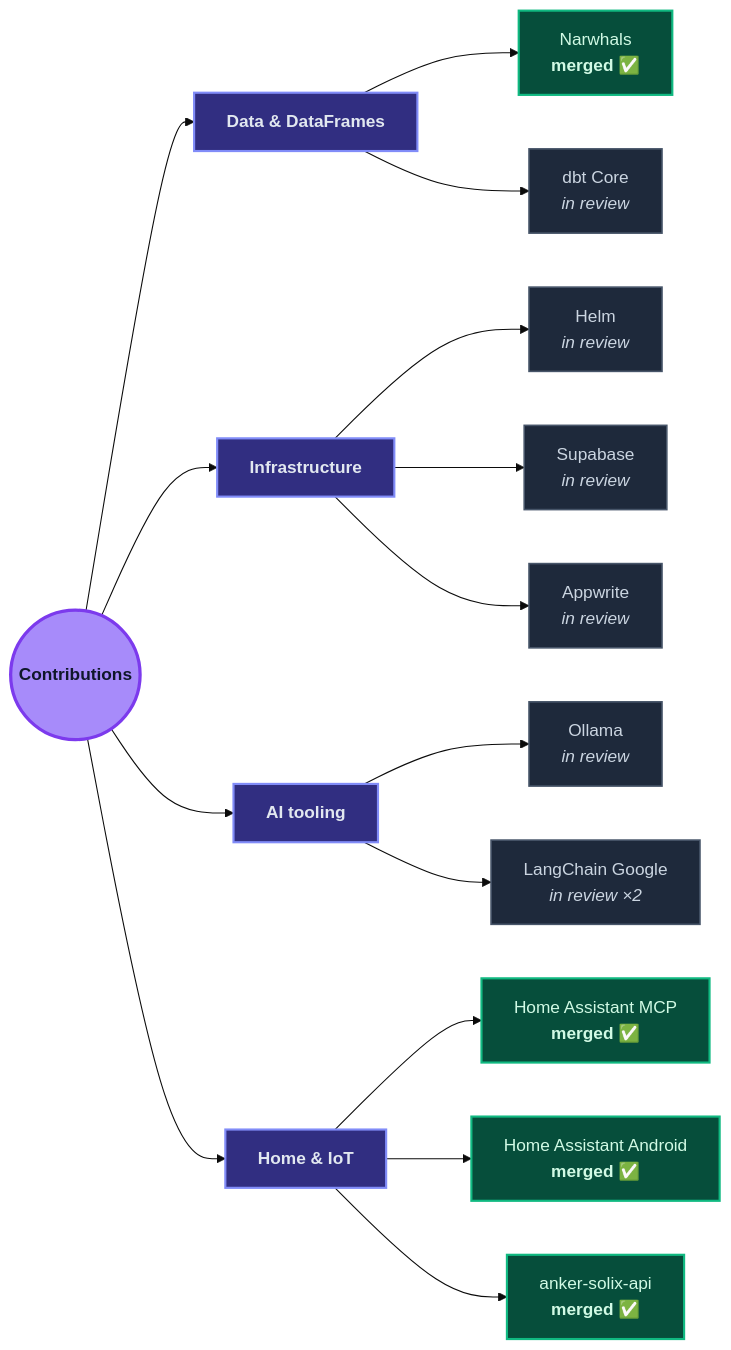
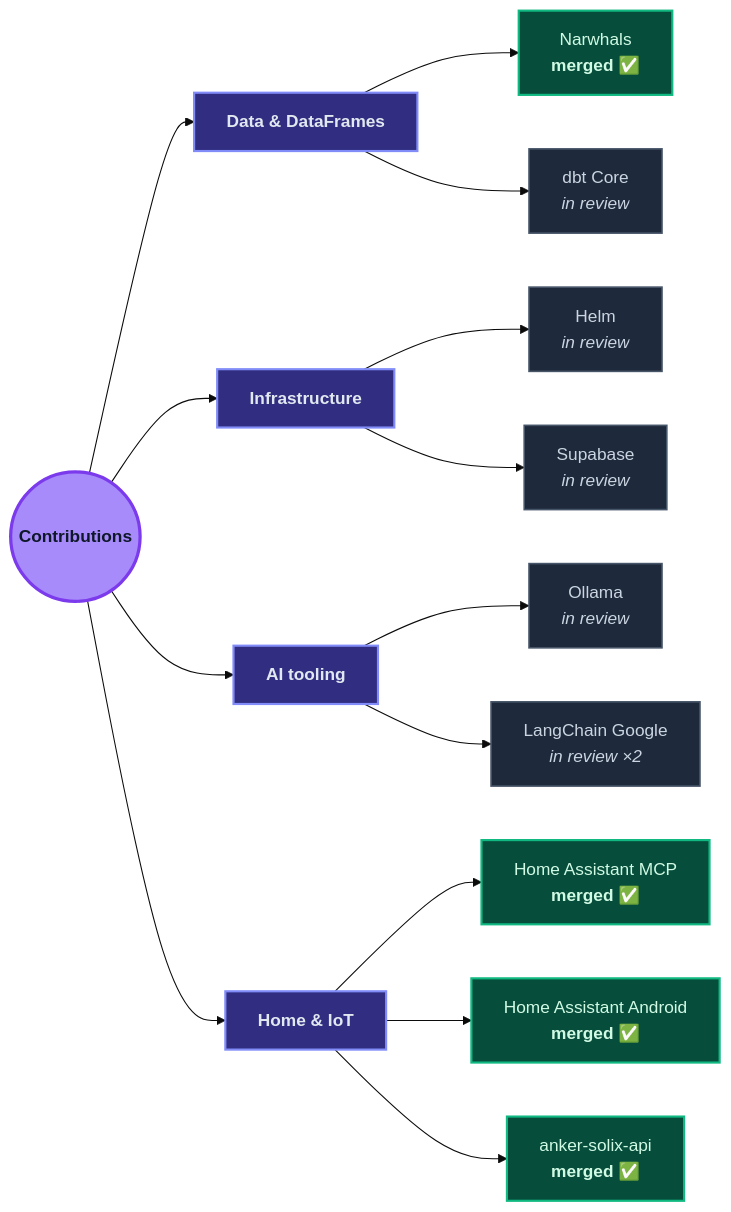
The third of 3 diagrams in README.md (Shaan-alpha/Shaan-alpha), drawn with Mermaid (base theme) before and after one commit. The commit also changed other lines of this file, not shown here.

````diff
--- a/README.md
+++ b/README.md
@@ -330,29 +321,28 @@
 ```mermaid
 flowchart LR
     ME(("<b>Contributions</b>"))
 
     ME --> DATA["<b>Data &amp; DataFrames</b>"]
     ME --> INFRA["<b>Infrastructure</b>"]
     ME --> AI["<b>AI tooling</b>"]
     ME --> IOT["<b>Home &amp; IoT</b>"]
 
     DATA --> N["Narwhals<br/><b>merged ✅</b>"]
     DATA --> DBT["dbt Core<br/><i>in review</i>"]
     INFRA --> H["Helm<br/><i>in review</i>"]
     INFRA --> S["Supabase<br/><i>in review</i>"]
-    INFRA --> AP["Appwrite<br/><i>in review</i>"]
     AI --> O["Ollama<br/><i>in review</i>"]
     AI --> LG["LangChain Google<br/><i>in review ×2</i>"]
     IOT --> HM["Home Assistant MCP<br/><b>merged ✅</b>"]
     IOT --> HA["Home Assistant Android<br/><b>merged ✅</b>"]
     IOT --> AS["anker-solix-api<br/><b>merged ✅</b>"]
 
     classDef root fill:#a78bfa,stroke:#7c3aed,stroke-width:3px,color:#0f172a
     classDef area fill:#312e81,stroke:#818cf8,stroke-width:2px,color:#e2e8f0
     classDef merged fill:#064e3b,stroke:#10b981,stroke-width:2px,color:#d1fae5
     classDef review fill:#1e293b,stroke:#475569,stroke-width:1.5px,color:#cbd5e1
     class ME root
     class DATA,INFRA,AI,IOT area
     class N,HM,HA,AS merged
-    class H,S,AP,O,LG,DBT review
+    class H,S,O,LG,DBT review
 ```
````
